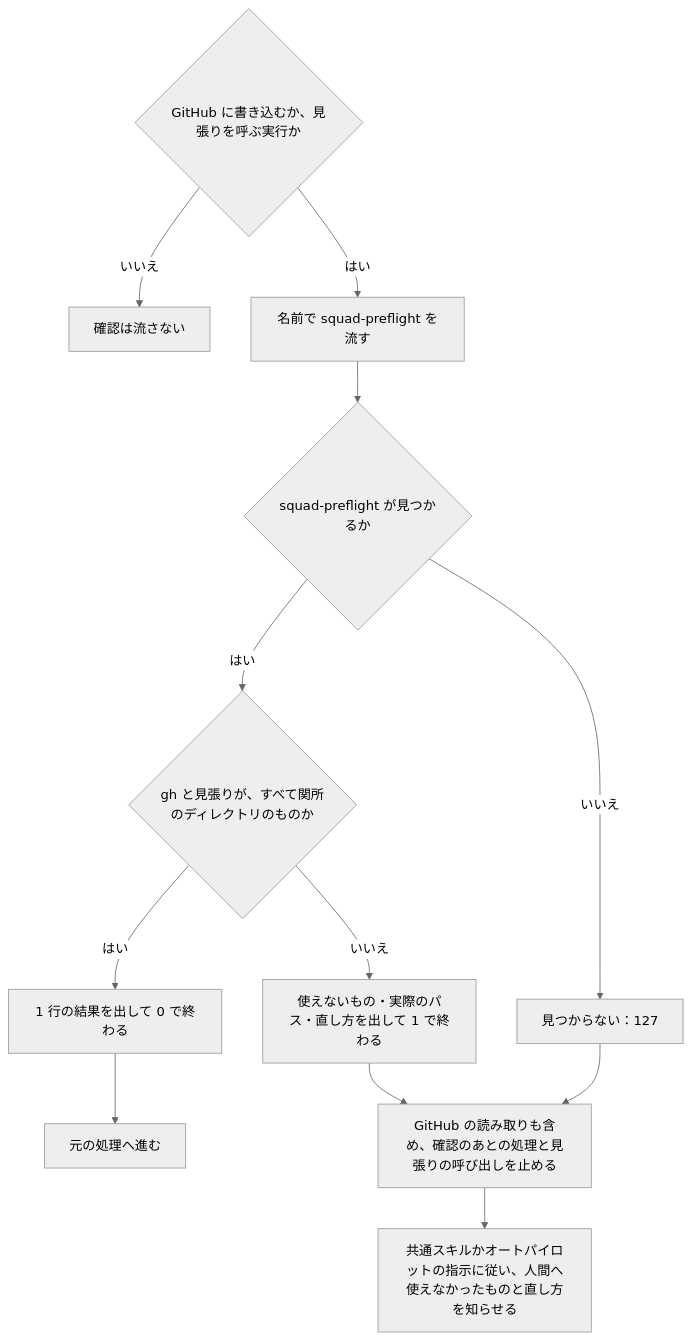
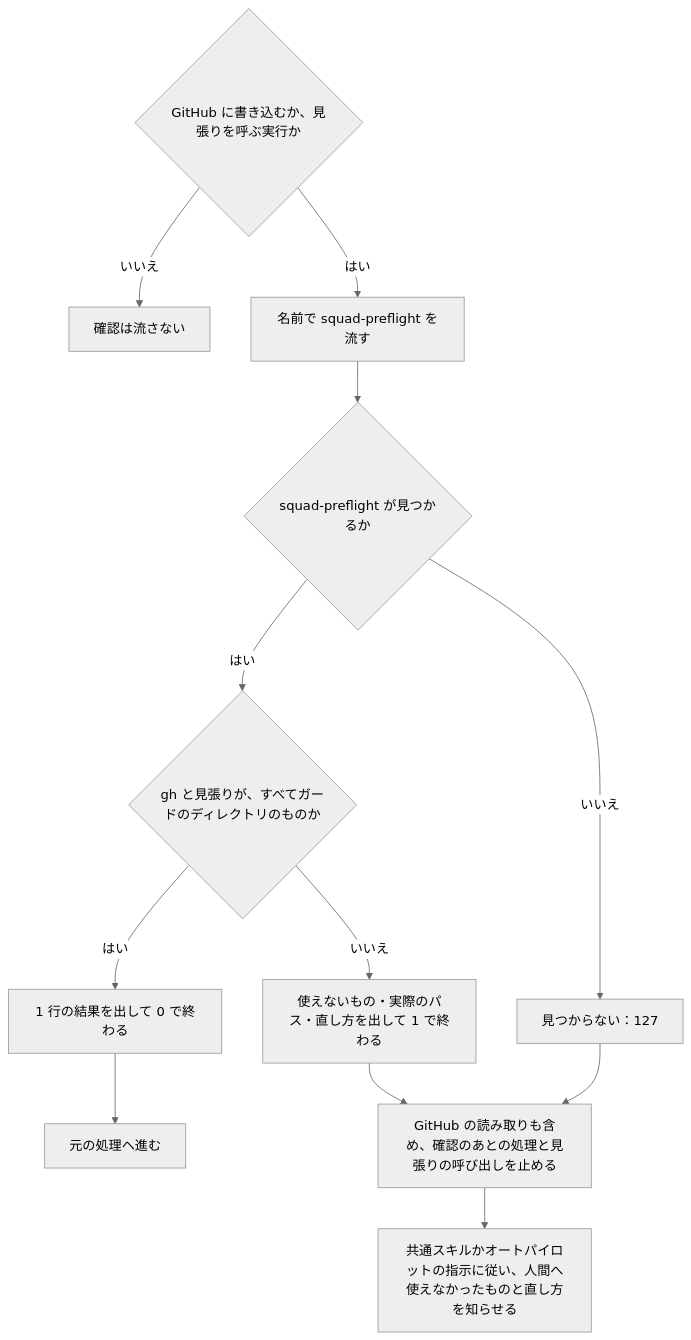
One commit to drecom/multica-squad-kit changed the diagram in docs/agent-path.md. Above: the diagram before and after it, drawn with Mermaid (neutral theme). The commit also changed other lines of this file and 18 other files, not shown here.

````diff
--- a/docs/agent-path.md
+++ b/docs/agent-path.md
@@ -83,14 +83,14 @@
 ```mermaid
 flowchart TD
   A{GitHub に書き込むか、見張りを呼ぶ実行か} -- いいえ --> B[確認は流さない]
   A -- はい --> C[名前で squad-preflight を流す]
   C --> D{squad-preflight が見つかるか}
   D -- いいえ --> E[見つからない：127]
-  D -- はい --> F{gh と見張りが、すべて関所のディレクトリのものか}
+  D -- はい --> F{gh と見張りが、すべてガードのディレクトリのものか}
   F -- はい --> G[1 行の結果を出して 0 で終わる]
   G --> J[元の処理へ進む]
   F -- いいえ --> K[使えないもの・実際のパス・直し方を出して 1 で終わる]
   E --> H[GitHub の読み取りも含め、確認のあとの処理と見張りの呼び出しを止める]
   K --> H
   H --> I[共通スキルかオートパイロットの指示に従い、人間へ使えなかったものと直し方を知らせる]
 ```
````
